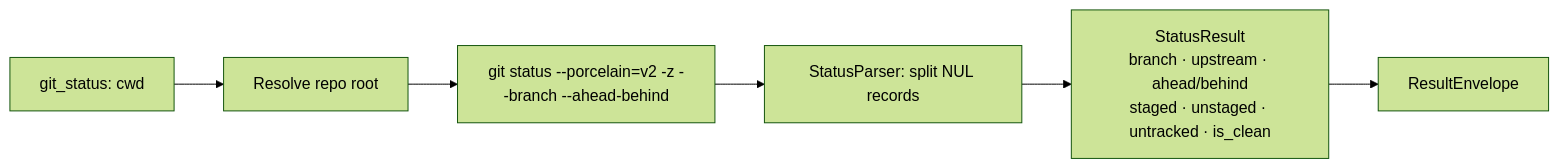
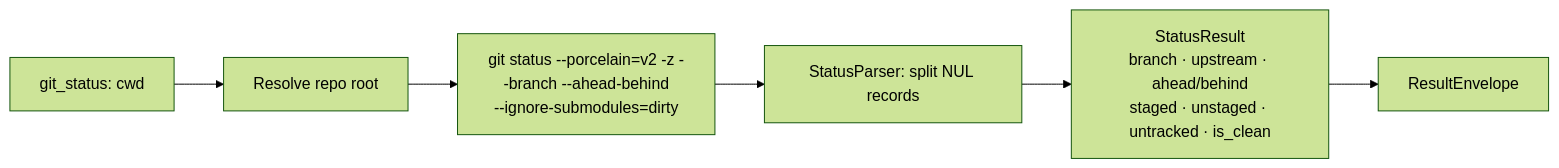
Before and after one commit to brenordv/mcp-toolset: the second of 14 diagrams in src/RaccoonNinja.McpToolset.Server.GitOps/README.md, drawn with Mermaid (forest theme). The commit also changed other lines of this file and 15 other files, not shown here.

First line of the commit message:
**Pin filter drivers in `git_status`, `git_diff`, and `git_blame` to prevent execution of arbitrary commands**

````diff
--- a/src/RaccoonNinja.McpToolset.Server.GitOps/README.md
+++ b/src/RaccoonNinja.McpToolset.Server.GitOps/README.md
@@ -103,8 +108,8 @@
 ```mermaid
 flowchart LR
     A[git_status: cwd] --> B[Resolve repo root]
-    B --> C["git status --porcelain=v2 -z --branch --ahead-behind"]
+    B --> C["git status --porcelain=v2 -z --branch --ahead-behind<br/>--ignore-submodules=dirty"]
     C --> D[StatusParser: split NUL records]
     D --> E[StatusResult<br/>branch · upstream · ahead/behind<br/>staged · unstaged · untracked · is_clean]
     E --> F[ResultEnvelope]
 ```
````
